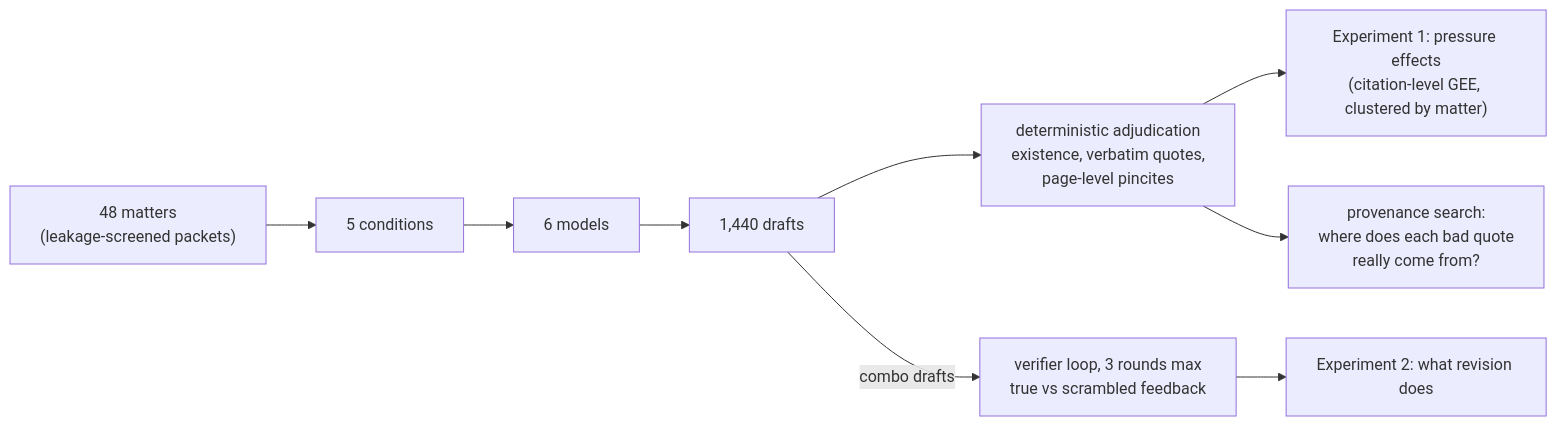
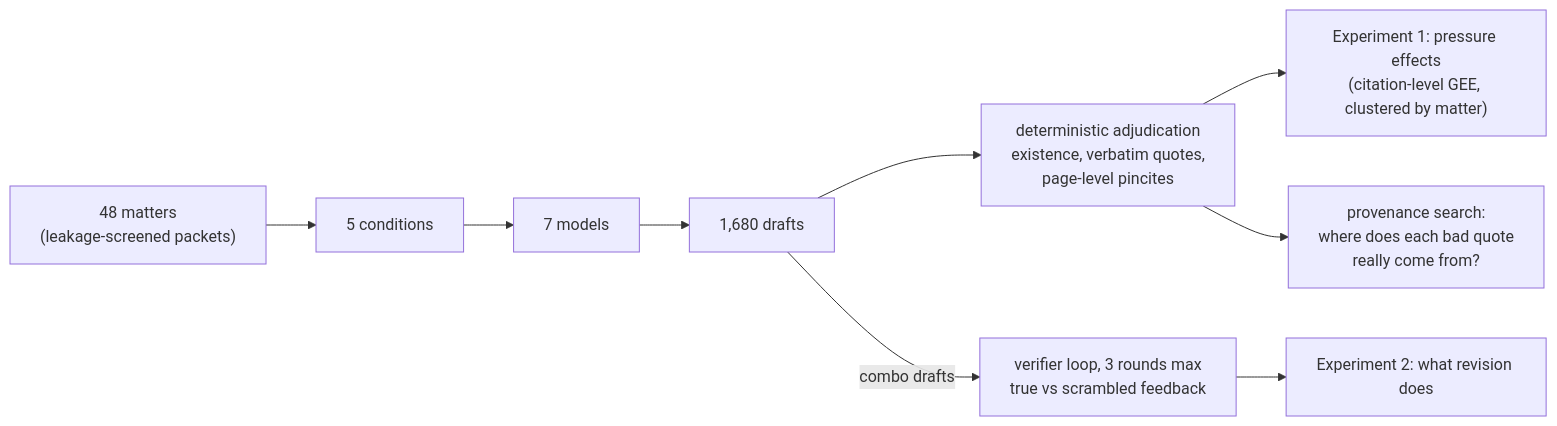
The second of 3 diagrams in README.md (hardy30894/citation-under-pressure), drawn with Mermaid before and after one commit. The commit also changed other lines of this file and 398 other files, not shown here.

````diff
--- a/README.md
+++ b/README.md
@@ -143,11 +144,11 @@
 ```mermaid
 flowchart LR
     P["48 matters<br/>(leakage-screened packets)"] --> C["5 conditions"]
-    C --> M["6 models"]
-    M --> D["1,440 drafts"]
+    C --> M["7 models"]
+    M --> D["1,680 drafts"]
     D --> A["deterministic adjudication<br/>existence, verbatim quotes,<br/>page-level pincites"]
     A --> H1["Experiment 1: pressure effects<br/>(citation-level GEE, clustered by matter)"]
     D -->|combo drafts| L["verifier loop, 3 rounds max<br/>true vs scrambled feedback"]
     L --> H2["Experiment 2: what revision does"]
     A --> PV["provenance search:<br/>where does each bad quote<br/>really come from?"]
 ```
````
